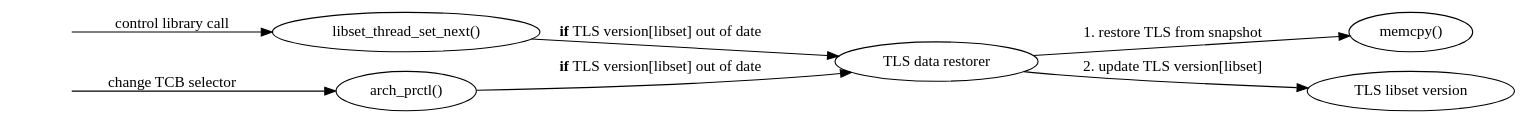
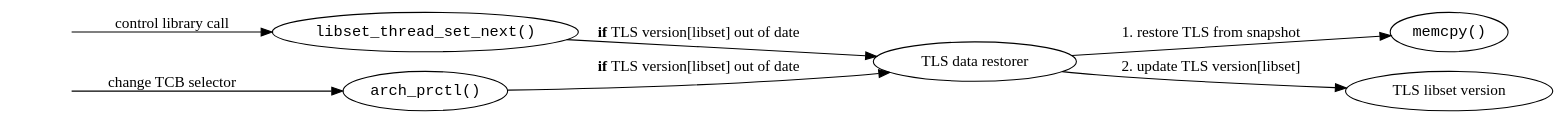
The diagram in figs/reinit_tls.dot (solb/thesis), drawn with Graphviz before and after one commit. The commit also changed 2 other files, not shown here.

```diff
--- a/figs/reinit_tls.dot
+++ b/figs/reinit_tls.dot
@@ -1,21 +1,21 @@
 strict digraph {
 	rankdir=LR;
 	node [label=""];
 
 	next [shape=none];
 	install [shape=none];
 
-	set [label="libset_thread_set_next()"];
-	segment [label="arch_prctl()"];
+	set [label="libset_thread_set_next()", fontname=monospace];
+	segment [label="arch_prctl()", fontname=monospace];
 	restore2 [label="TLS data restorer"];
-	mcpy3 [label="memcpy()"];
+	mcpy3 [label="memcpy()", fontname=monospace];
 	version [label="TLS libset version"];
 
 	next -> set [label="control library call"];
 	install -> segment [label="change TCB selector"];
 
 	set->restore2 [label=<<b>if</b> TLS version[libset] out of date>];
 	segment->restore2 [label=<<b>if</b> TLS version[libset] out of date>];
 	restore2 -> mcpy3 [label="1. restore TLS from snapshot"];
 	restore2 -> version [label="2. update TLS version[libset]"];
 }
```
